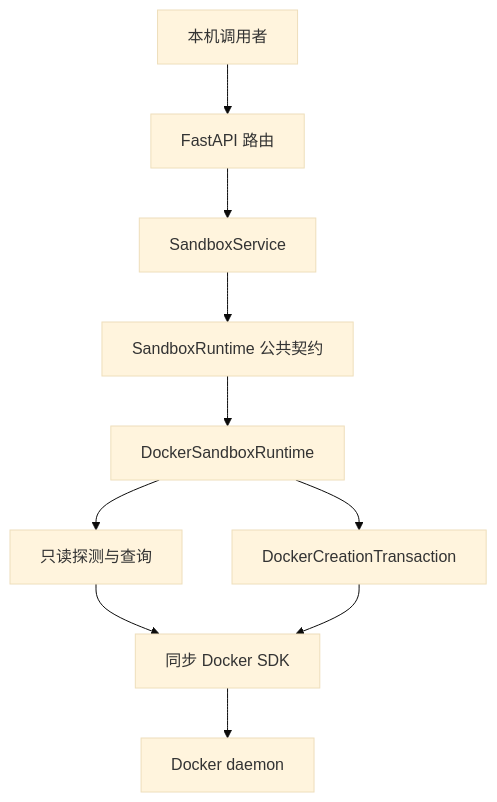
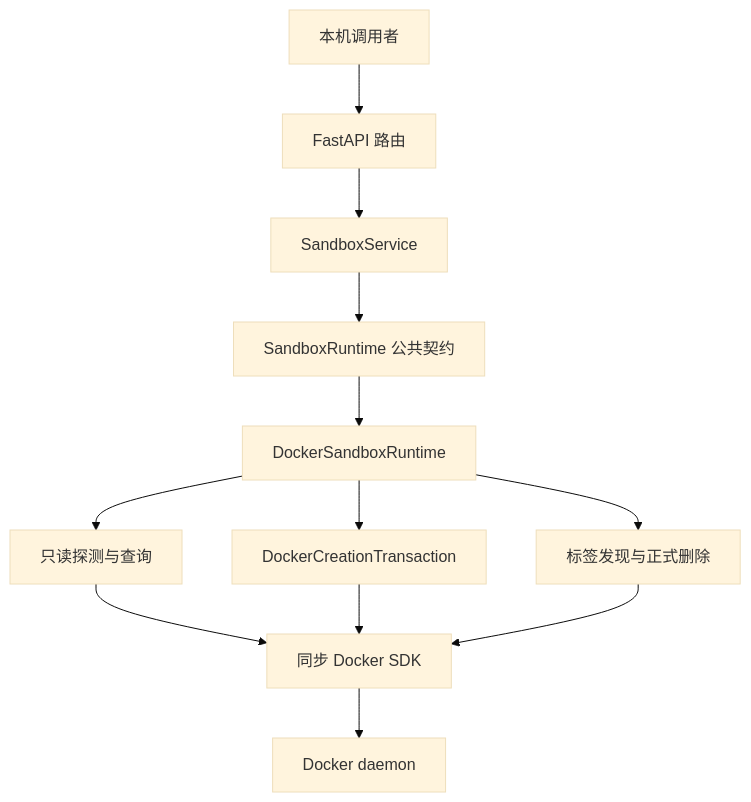
Before and after one commit to nico-hua/agent-sandbox: the first of 3 diagrams in docs/docker/README.md, drawn with Mermaid (base theme). The commit also changed other lines of this file and 18 other files, not shown here.

````diff
--- a/docs/docker/README.md
+++ b/docs/docker/README.md
@@ -9,12 +9,14 @@
 ```mermaid
 flowchart TD
     Caller[本机调用者] --> API[FastAPI 路由]
     API --> Service[SandboxService]
     Service --> Contract[SandboxRuntime 公共契约]
     Contract --> Runtime[DockerSandboxRuntime]
     Runtime --> Read[只读探测与查询]
     Runtime --> Transaction[DockerCreationTransaction]
+    Runtime --> Deletion[标签发现与正式删除]
     Read --> SDK[同步 Docker SDK]
     Transaction --> SDK
+    Deletion --> SDK
     SDK --> Daemon[Docker daemon]
 ```
````
